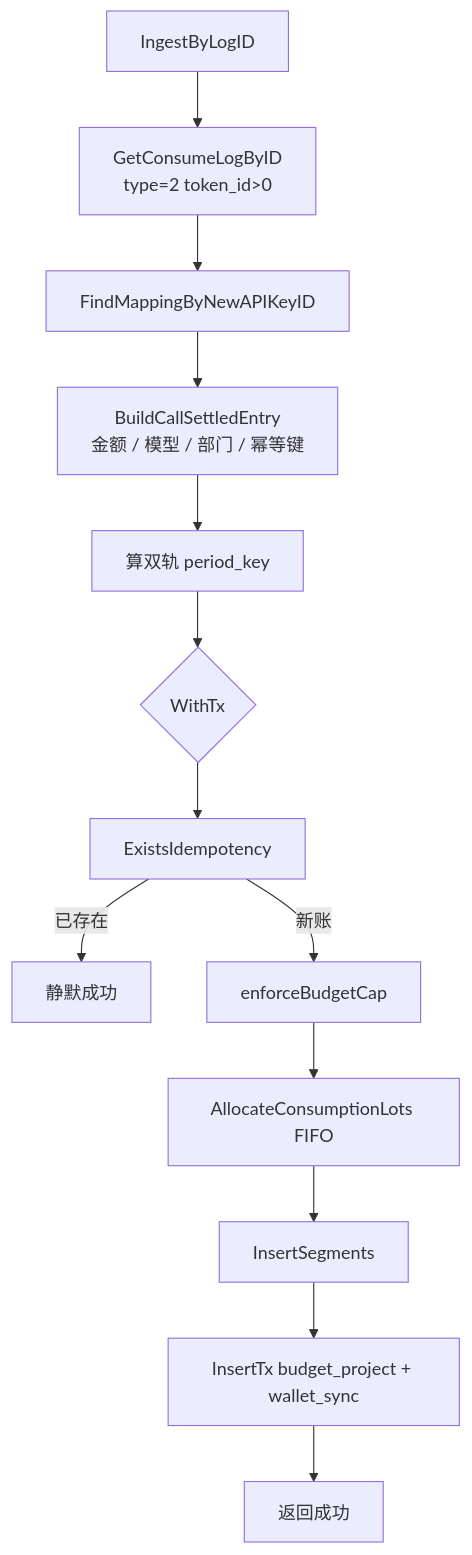
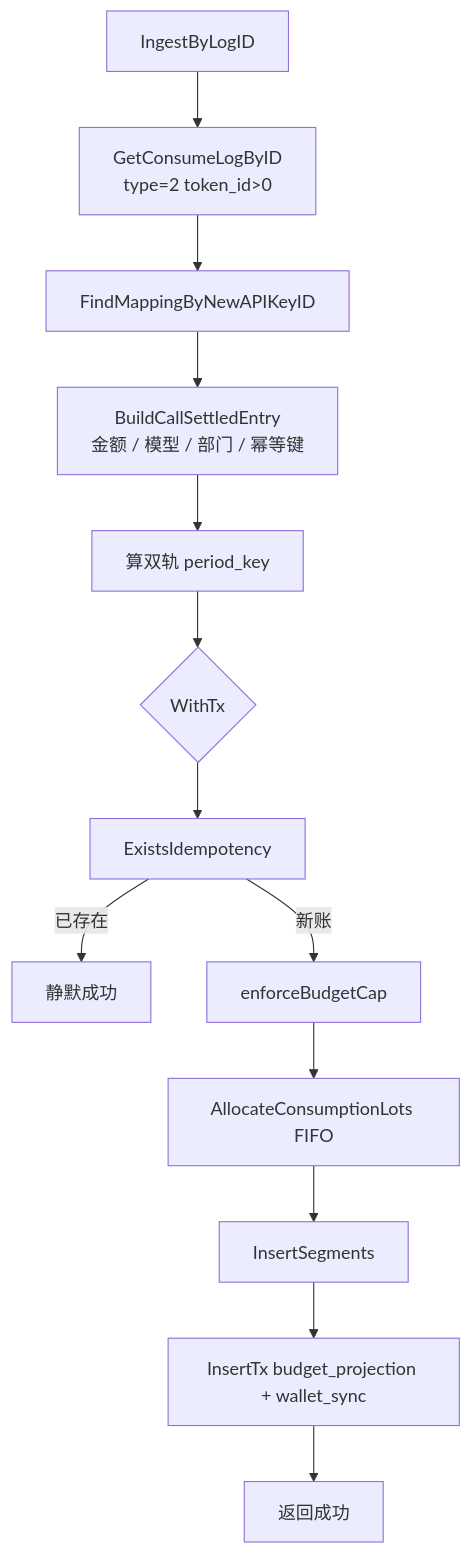
Before and after one commit to quyip8818/mytokenjoy: the sixth of 9 diagrams in docs/Backend-Ingest架构.md, drawn with Mermaid. The commit also changed other lines of this file and 175 other files, not shown here.

````diff
--- a/docs/Backend-Ingest架构.md
+++ b/docs/Backend-Ingest架构.md
@@ -248,15 +248,15 @@
 ```mermaid
 flowchart TB
   A[IngestByLogID] --> B[GetConsumeLogByID<br/>type=2 token_id>0]
   B --> C[FindMappingByNewAPIKeyID]
   C --> D[BuildCallSettledEntry<br/>金额 / 模型 / 部门 / 幂等键]
   D --> E[算双轨 period_key]
   E --> F{WithTx}
   F --> G[ExistsIdempotency]
   G -->|已存在| Z[静默成功]
   G -->|新账| H[enforceBudgetCap]
   H --> I[AllocateConsumptionLots FIFO]
   I --> J[InsertSegments]
-  J --> K[InsertTx budget_project + wallet_sync]
+  J --> K[InsertTx budget_projection + wallet_sync]
   K --> Z2[返回成功]
 ```
````
